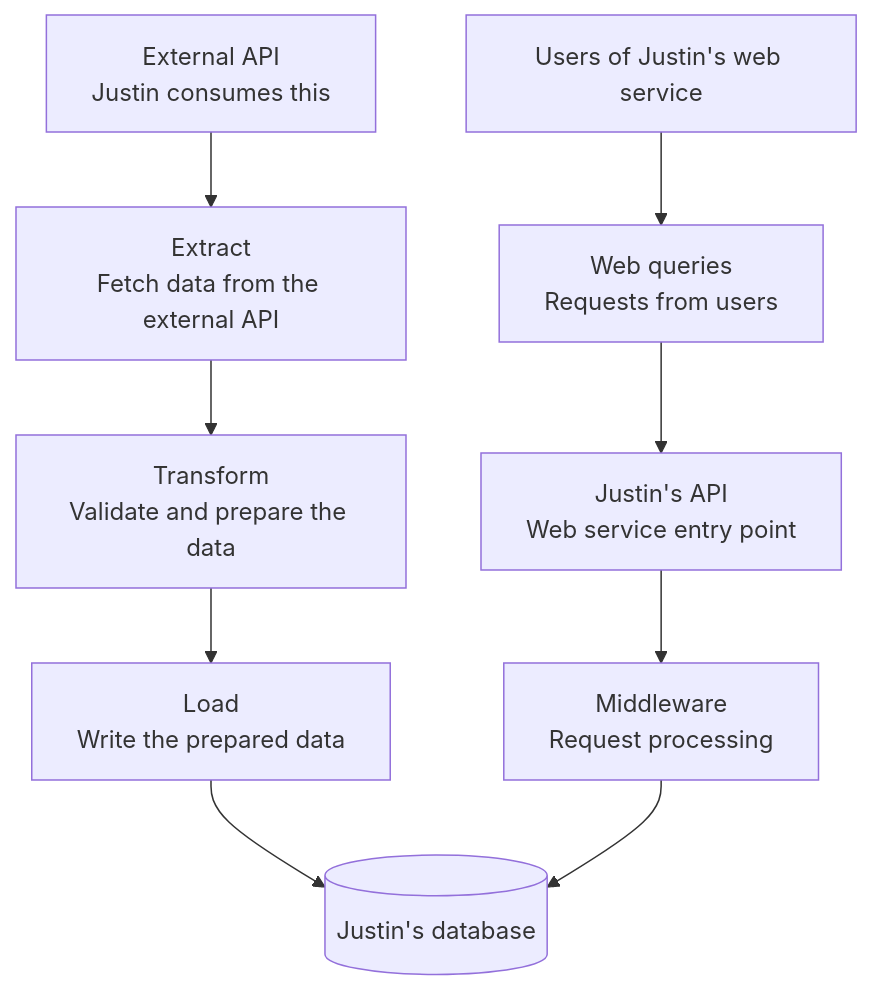
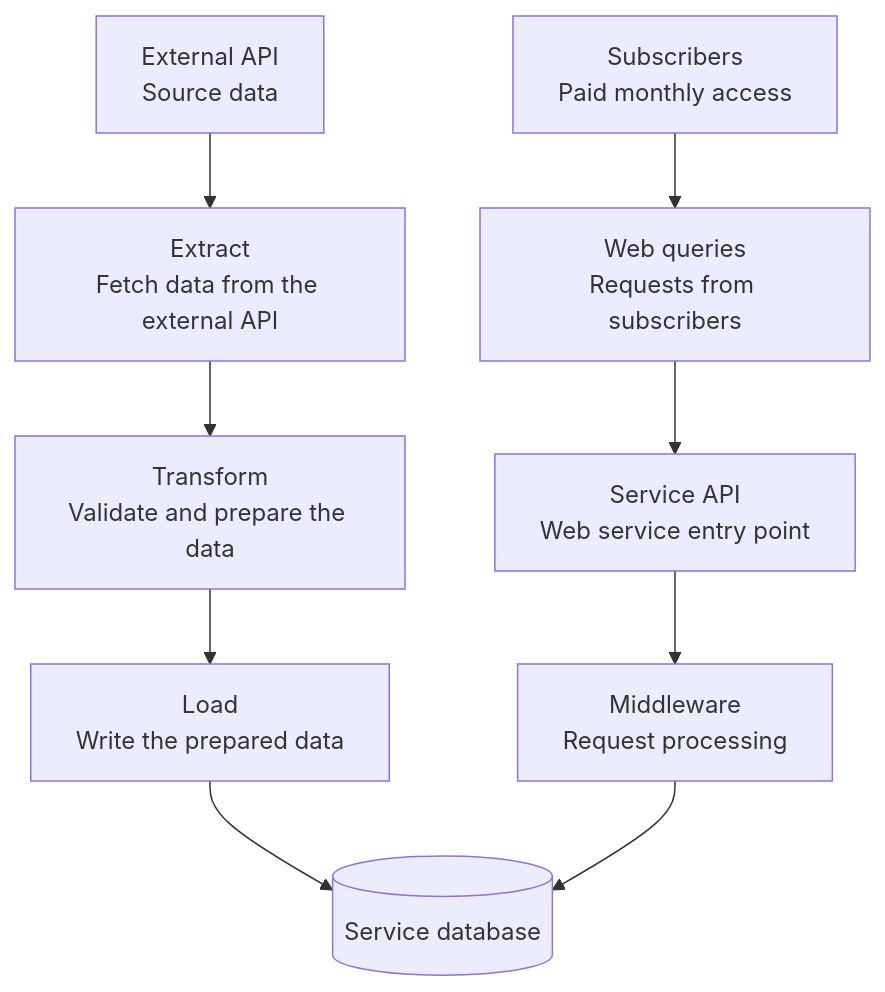
The diagram in README.md (SixbucksSolutions/web-based-etl-system-design), drawn with Mermaid before and after one commit. The commit also changed other lines of this file, not shown here.

Commit message:
Frame guide around API-powered subscription services

````diff
--- a/README.md
+++ b/README.md
@@ -11,26 +11,26 @@
 ```mermaid
 flowchart TB
-    upstream["External API<br/>Justin consumes this"]
-    users["Users of Justin's web service"]
+    upstream["External API<br/>Source data"]
+    users["Subscribers<br/>Paid monthly access"]
 
     extract["Extract<br/>Fetch data from the external API"]
-    queries["Web queries<br/>Requests from users"]
+    queries["Web queries<br/>Requests from subscribers"]
 
     transform["Transform<br/>Validate and prepare the data"]
-    api["Justin's API<br/>Web service entry point"]
+    api["Service API<br/>Web service entry point"]
 
     load["Load<br/>Write the prepared data"]
     middleware["Middleware<br/>Request processing"]
 
-    db[("Justin's database")]
+    db[("Service database")]
 
     upstream --> extract
     extract --> transform
     transform --> load
     load --> db
 
     users --> queries
     queries --> api
     api --> middleware
     middleware --> db
 ```
````
